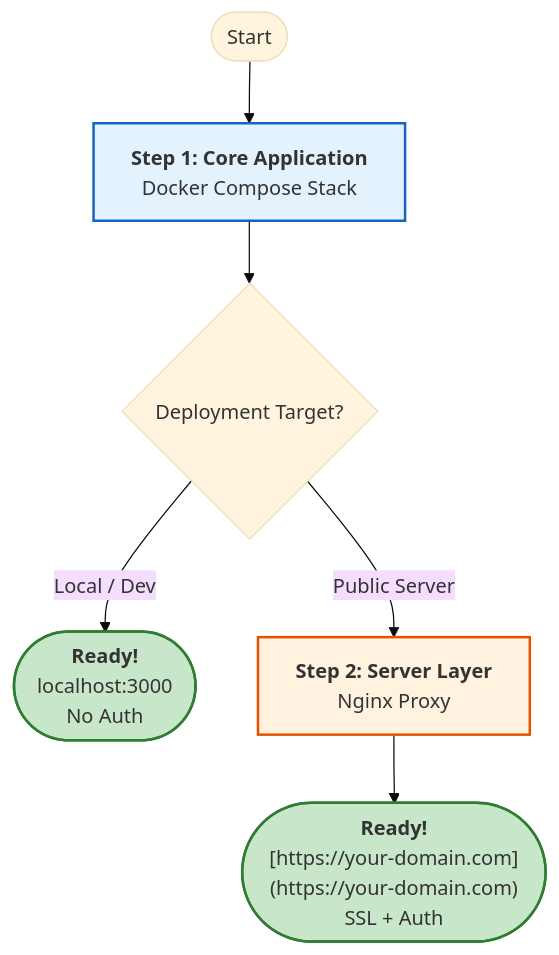
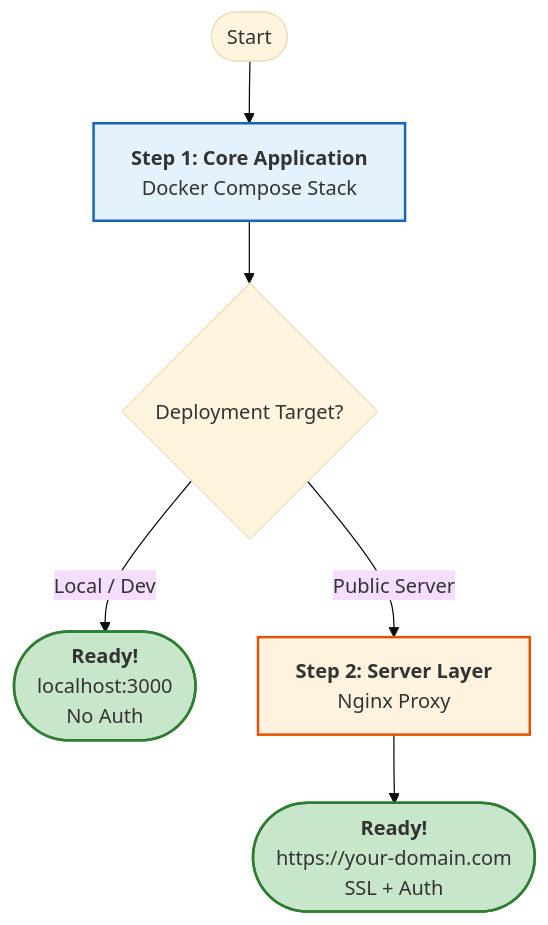
The diagram in docs/docs/installation/overview.md (sdsc-ordes/debates-analytics), drawn with Mermaid (base theme) before and after one commit. The commit also changed 11 other files, not shown here.

First line of the commit message:
docs: update architecture (#95)

````diff
--- a/docs/docs/installation/overview.md
+++ b/docs/docs/installation/overview.md
@@ -11,22 +11,22 @@
 ```mermaid
 graph TD
     %% Core Nodes
     Start([Start]) --> Core["<b>Step 1: Core Application</b><br>Docker Compose Stack"]
     Core --> Local{Deployment Target?}
 
     %% Path 1: Local
     Local -->|Local / Dev| FinishLocal(["<b>Ready!</b><br>localhost:3000<br>No Auth"])
 
     %% Path 2: Server
     Local -->|Public Server| Server[<b>Step 2: Server Layer</b><br>Nginx Proxy]
-    Server --> FinishServer(["<b>Ready!</b><br>[https://your-domain.com](https://your-domain.com)<br>SSL + Auth"])
+    Server --> FinishServer(["<b>Ready!</b><br>https://your-domain.com<br>SSL + Auth"])
 
     %% Styling
     classDef core fill:#e3f2fd,stroke:#1565c0,stroke-width:2px
     classDef server fill:#fff3e0,stroke:#e65100,stroke-width:2px
     classDef finish fill:#c8e6c9,stroke:#2e7d32,stroke-width:2px
 
     class Core core
     class Server server
     class FinishLocal,FinishServer finish
 ```
````
